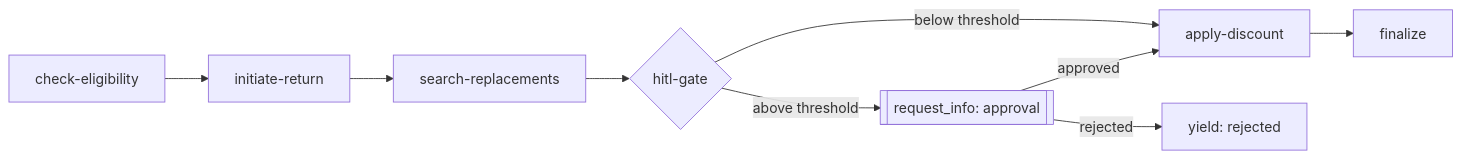
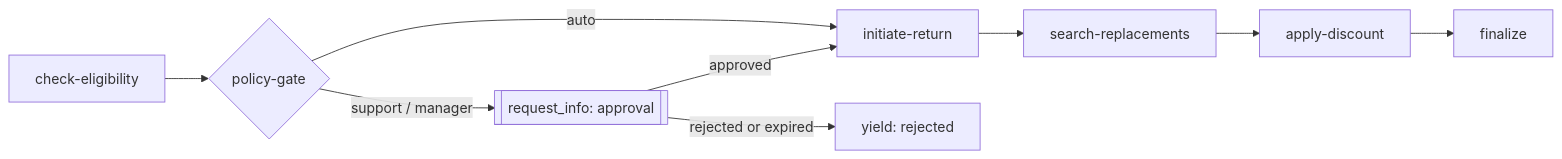
Before and after one commit to rakyma0228/eCommerce-agent: the second of 3 diagrams in docs/maf-best-practices.md, drawn with Mermaid. The commit also changed other lines of this file and 23 other files, not shown here.

````diff
--- a/docs/maf-best-practices.md
+++ b/docs/maf-best-practices.md
@@ -100,11 +100,11 @@
 ```mermaid
 flowchart LR
-    C[check-eligibility] --> I[initiate-return]
+    C[check-eligibility] --> G{policy-gate}
+    G -- auto --> I[initiate-return]
+    G -- support / manager --> RI[[request_info: approval]]
+    RI -- approved --> I
+    RI -- rejected or expired --> X[yield: rejected]
     I --> SR[search-replacements]
-    SR --> G{hitl-gate}
-    G -- below threshold --> D[apply-discount]
-    G -- above threshold --> RI[[request_info: approval]]
-    RI -- approved --> D
-    RI -- rejected --> X[yield: rejected]
+    SR --> D[apply-discount]
     D --> F[finalize]
 ```
````
